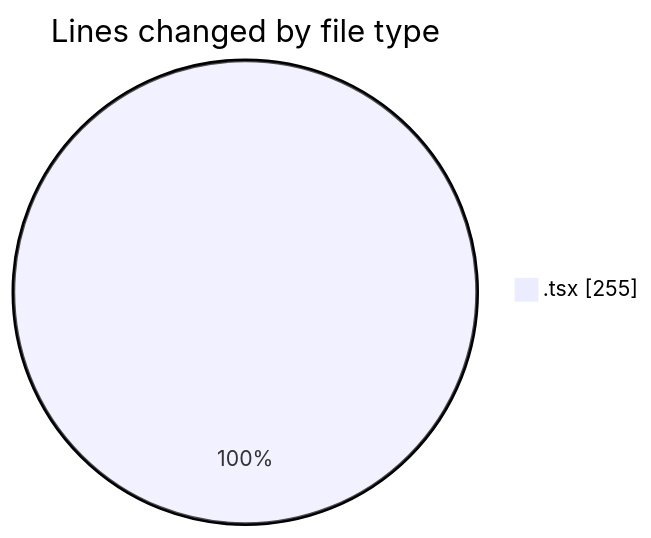
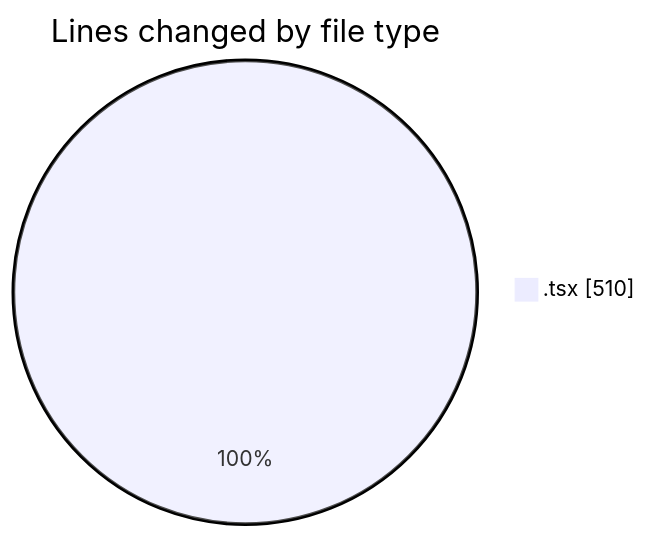
One commit to donsfak/code-tracking changed the first of 2 diagrams in 2025-02-07/portofolio/README.md. Above: the diagram before and after it, drawn with Mermaid. The commit also changed other lines of this file and 1 other file, not shown here.

````diff
--- a/2025-02-07/portofolio/README.md
+++ b/2025-02-07/portofolio/README.md
@@ -20,5 +20,5 @@
 ```mermaid
 pie showData
 title Lines changed by file type
-".tsx" : 255
+".tsx" : 510
 ```
````
